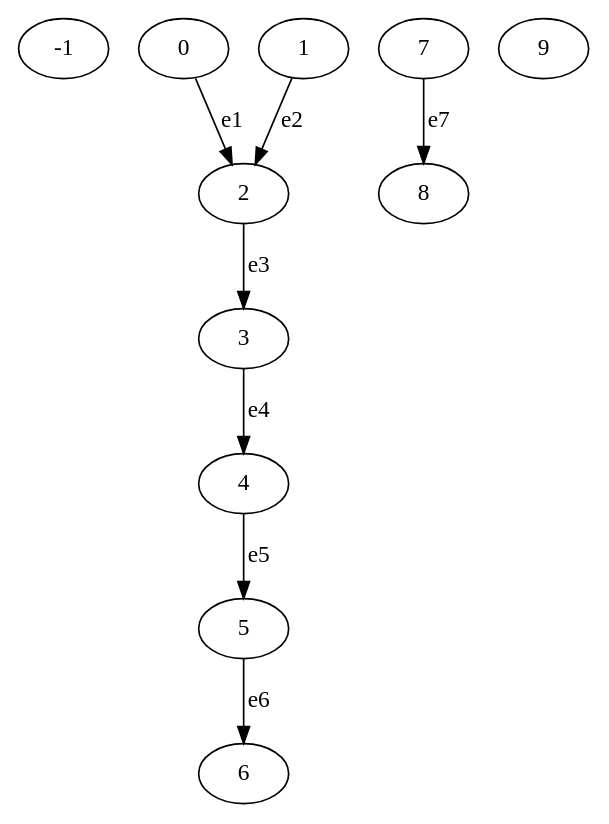
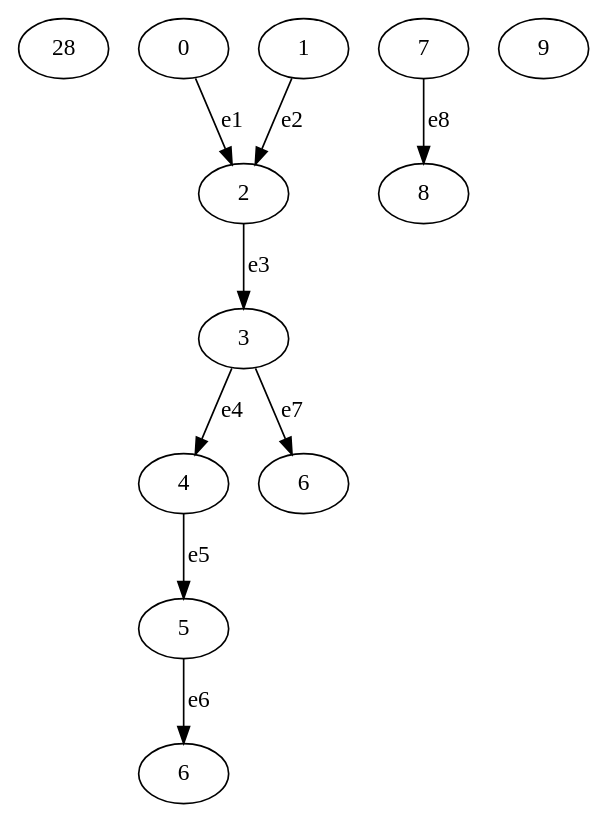
One commit to OlegJakushkin/WebCola changed the diagram in WebCola/examples/graphdata/SPNGraph.dot. Above: the diagram before and after it, drawn with Graphviz. The commit also changed 5 other files, not shown here.

```diff
--- a/WebCola/examples/graphdata/SPNGraph.dot
+++ b/WebCola/examples/graphdata/SPNGraph.dot
@@ -1,29 +1,49 @@
 digraph G {
-    subgraph pattern {
-        test_r[label="-1" type="place"];
-        subgraph public_in {
+    subgraph {
+        type="pattern"
+        u24[label="28" type="place"];
+    }
+
+    subgraph {
+        type="pattern"
+
+        subgraph {
+            type="public_in"
+
             pi_p1[label="0" type="place"];
             pi_p2[label="1" type="place"];
         }
-        subgraph private {
+
+        subgraph {
+            type="private"
+
             pt1[label="2" type="transition"];
             u0[label="3" type="place"];
             u1[label="4" type="transition"];
             u2[label="5" type="place"];
         }
-        subgraph public_out {
-            po_t[label="6" type="transition"];
+
+        subgraph {
+            type="public_out"
+
+            po_t1[label="6" type="transition"];
+            po_t2[label="6" type="transition"];
+
         }
     }
+
     u3[label="7" type="place"];
     u4[label="8" type="place"];
     u5[label="9" type="place"];
 
     pi_p1 -> pt1 [label="e1"];
     pi_p2 -> pt1 [label="e2"];
     pt1-> u0 [label="e3"];
     u0 -> u1 [label="e4"];
     u1 -> u2 [label="e5"];
-    u2 -> po_t [label="e6"];
-    u3->u4 [label="e7"];
+    u2 -> po_t1 [label="e6"];
+    u0 -> po_t2 [label="e7"];
+    u3->u4 [label="e8"];
+
+
 }
```
